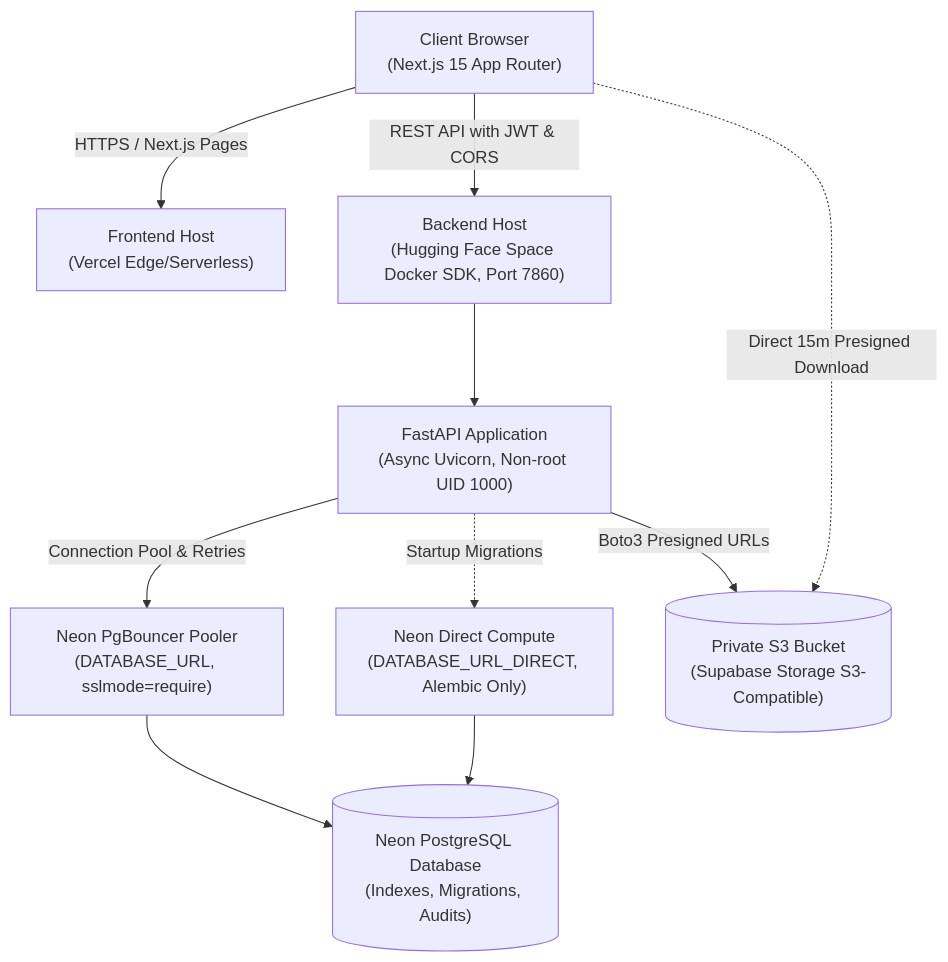
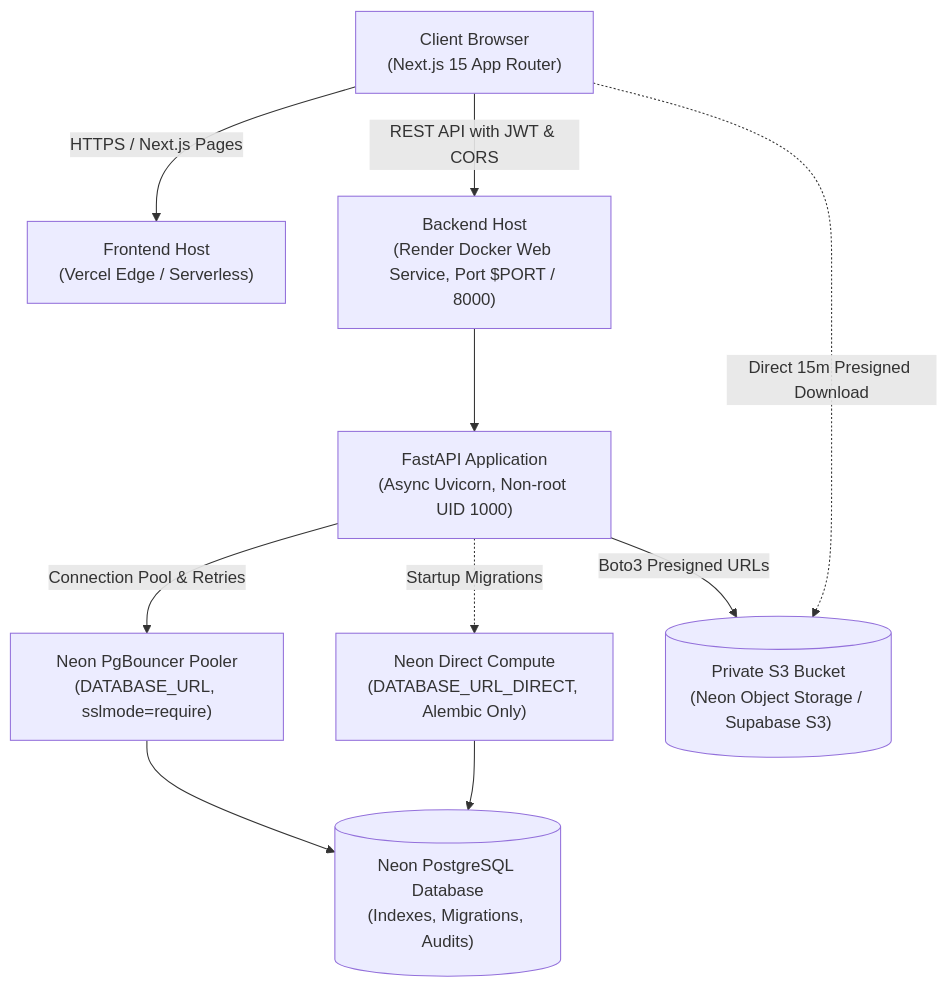
Before and after one commit to BalajiMogarge/Finance-Flow-AI: the first of 2 diagrams in docs/ARCHITECTURE.md, drawn with Mermaid. The commit also changed other lines of this file and 27 other files, not shown here.

````diff
--- a/docs/ARCHITECTURE.md
+++ b/docs/ARCHITECTURE.md
@@ -9,21 +9,21 @@
 ```mermaid
 flowchart TD
     Client["Client Browser\n(Next.js 15 App Router)"]
-    Vercel["Frontend Host\n(Vercel Edge/Serverless)"]
-    HFSpace["Backend Host\n(Hugging Face Space Docker SDK, Port 7860)"]
+    Vercel["Frontend Host\n(Vercel Edge / Serverless)"]
+    RenderService["Backend Host\n(Render Docker Web Service, Port $PORT / 8000)"]
     FastAPI["FastAPI Application\n(Async Uvicorn, Non-root UID 1000)"]
     DBPool["Neon PgBouncer Pooler\n(DATABASE_URL, sslmode=require)"]
     DBDirect["Neon Direct Compute\n(DATABASE_URL_DIRECT, Alembic Only)"]
     NeonDB[("Neon PostgreSQL Database\n(Indexes, Migrations, Audits)")]
-    SupabaseS3[("Private S3 Bucket\n(Supabase Storage S3-Compatible)")]
+    S3Storage[("Private S3 Bucket\n(Neon Object Storage / Supabase S3)")]
 
     Client -->|HTTPS / Next.js Pages| Vercel
-    Client -->|REST API with JWT & CORS| HFSpace
-    HFSpace --> FastAPI
+    Client -->|REST API with JWT & CORS| RenderService
+    RenderService --> FastAPI
     FastAPI -->|Connection Pool & Retries| DBPool
     FastAPI -.->|Startup Migrations| DBDirect
     DBPool --> NeonDB
     DBDirect --> NeonDB
-    FastAPI -->|Boto3 Presigned URLs| SupabaseS3
-    Client -.->|Direct 15m Presigned Download| SupabaseS3
+    FastAPI -->|Boto3 Presigned URLs| S3Storage
+    Client -.->|Direct 15m Presigned Download| S3Storage
 ```
````
